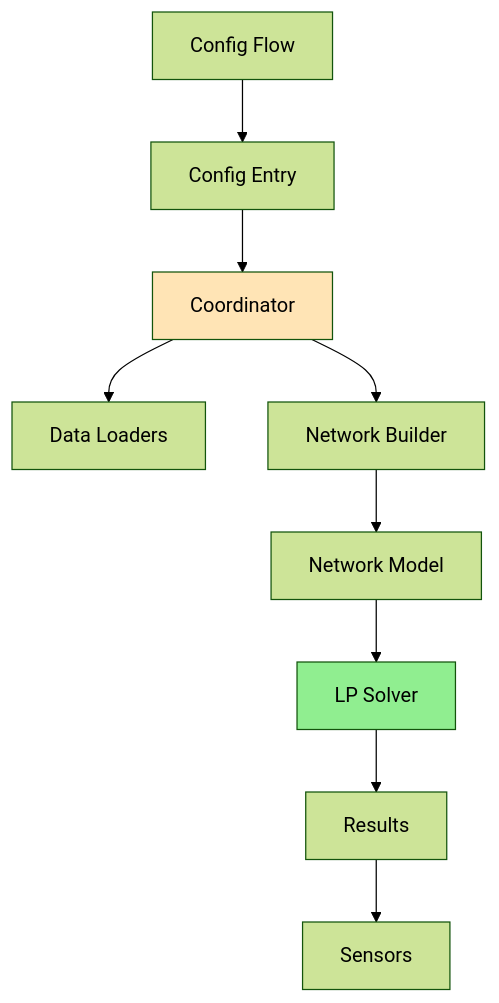
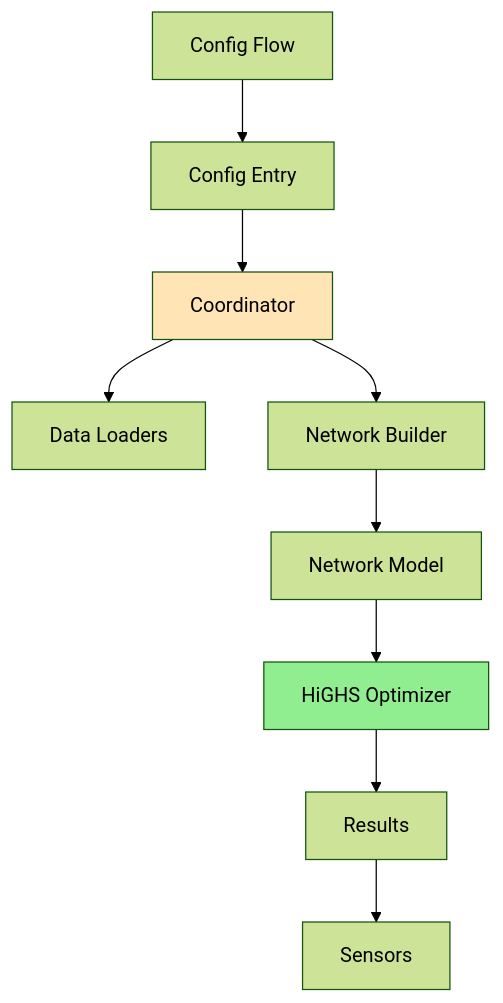
The diagram in docs/developer-guide/architecture.md (hass-energy/haeo), drawn with Mermaid (forest theme) before and after one commit. The commit also changed other lines of this file and 13 other files, not shown here.

````diff
--- a/docs/developer-guide/architecture.md
+++ b/docs/developer-guide/architecture.md
@@ -9,14 +9,14 @@
 ```mermaid
 graph TD
     CF[Config Flow] --> CE[Config Entry]
     CE --> Coord[Coordinator]
     Coord --> Loaders[Data Loaders]
     Coord --> Builder[Network Builder]
     Builder --> Model[Network Model]
-    Model --> Solver[LP Solver]
-    Solver --> Results[Results]
+    Model --> Optimizer[HiGHS Optimizer]
+    Optimizer --> Results[Results]
     Results --> Sensors[Sensors]
 
     style Coord fill:#FFE4B5
-    style Solver fill:#90EE90
+    style Optimizer fill:#90EE90
 ```
````
